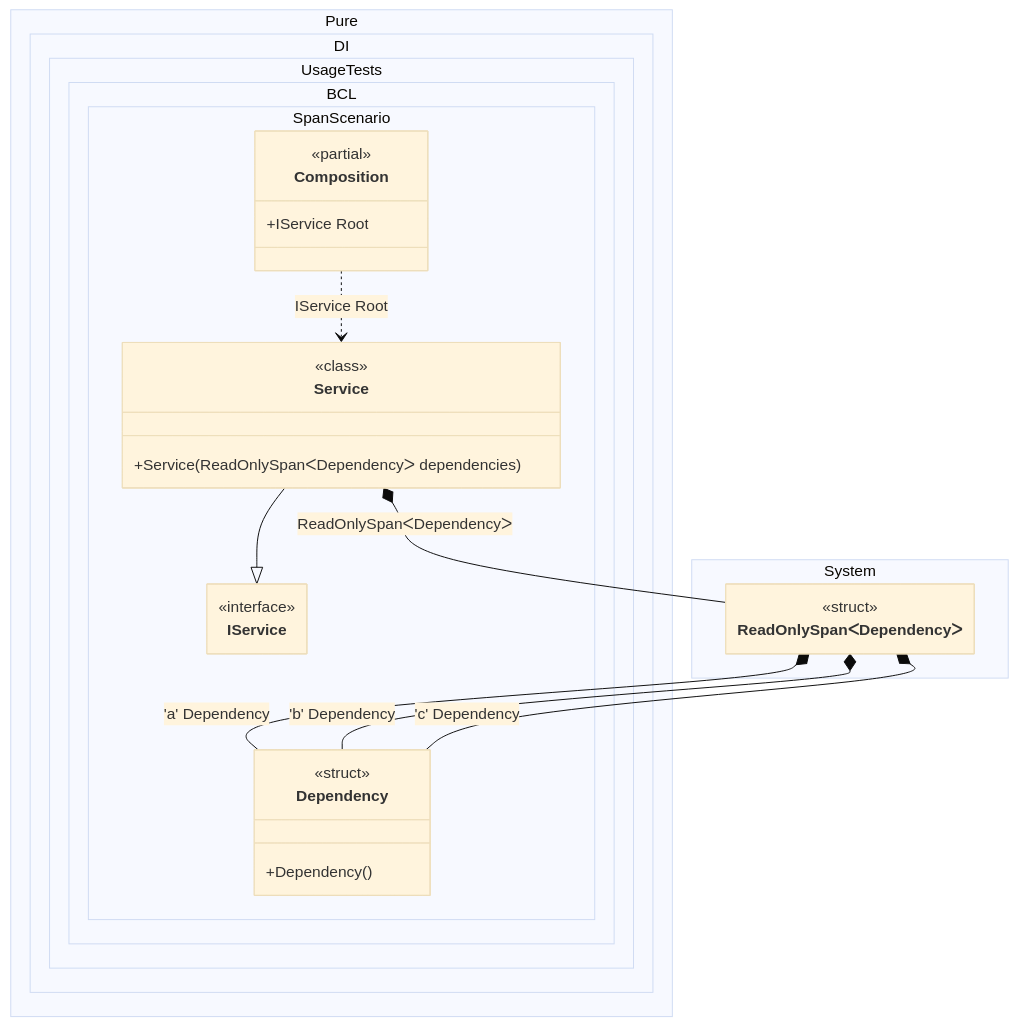
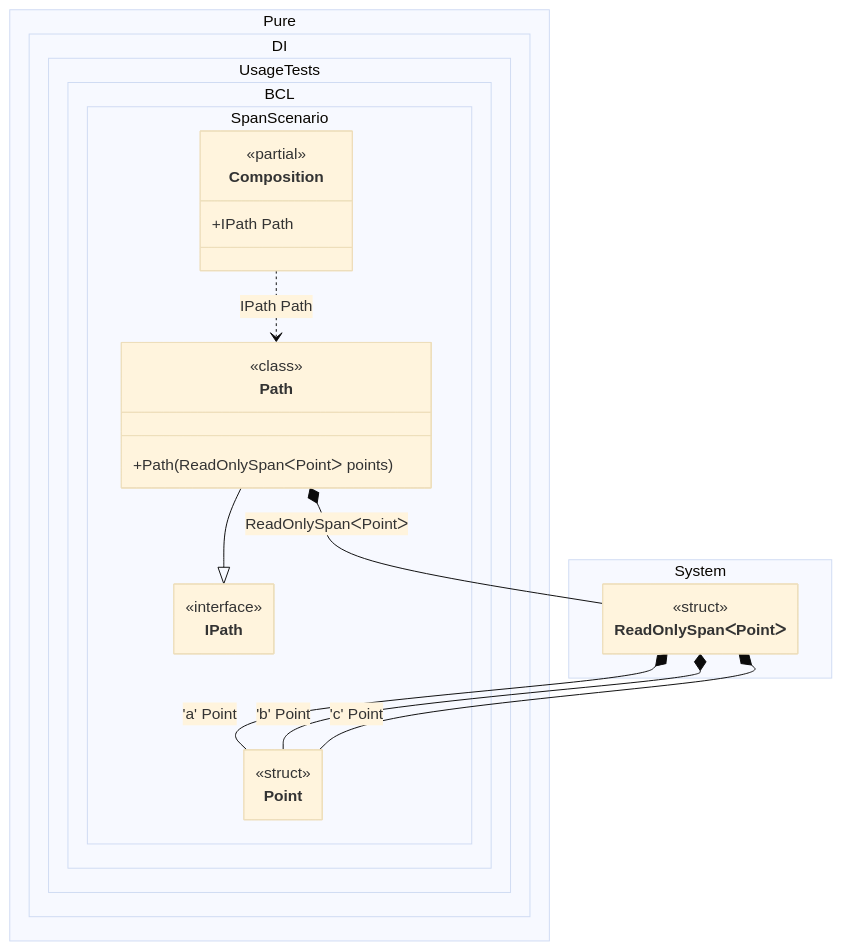
One commit to DevTeam/Pure.DI changed the diagram in readme/span-and-readonlyspan.md. Above: the diagram before and after it, drawn with Mermaid (base theme). The commit also changed other lines of this file and 126 other files, not shown here.

````diff
--- a/readme/span-and-readonlyspan.md
+++ b/readme/span-and-readonlyspan.md
@@ -102,38 +113,37 @@
 ```mermaid
 ---
  config:
   maxTextSize: 2147483647
   maxEdges: 2147483647
   class:
    hideEmptyMembersBox: true
 ---
 classDiagram
-	Service --|> IService
-	Composition ..> Service : IService Root
-	Service *--  ReadOnlySpanᐸDependencyᐳ : ReadOnlySpanᐸDependencyᐳ
-	ReadOnlySpanᐸDependencyᐳ *--  Dependency : 'a'  Dependency
-	ReadOnlySpanᐸDependencyᐳ *--  Dependency : 'b'  Dependency
-	ReadOnlySpanᐸDependencyᐳ *--  Dependency : 'c'  Dependency
+	Path --|> IPath
+	Composition ..> Path : IPath Path
+	Path *--  ReadOnlySpanᐸPointᐳ : ReadOnlySpanᐸPointᐳ
+	ReadOnlySpanᐸPointᐳ *--  Point : 'a'  Point
+	ReadOnlySpanᐸPointᐳ *--  Point : 'b'  Point
+	ReadOnlySpanᐸPointᐳ *--  Point : 'c'  Point
 	namespace Pure.DI.UsageTests.BCL.SpanScenario {
 		class Composition {
 		<<partial>>
-		+IService Root
+		+IPath Path
 		}
-		class Dependency {
-				<<struct>>
-			+Dependency()
-		}
-		class IService {
+		class IPath {
 			<<interface>>
 		}
-		class Service {
+		class Path {
 				<<class>>
-			+Service(ReadOnlySpanᐸDependencyᐳ dependencies)
+			+Path(ReadOnlySpanᐸPointᐳ points)
+		}
+		class Point {
+				<<struct>>
 		}
 	}
 	namespace System {
-		class ReadOnlySpanᐸDependencyᐳ {
+		class ReadOnlySpanᐸPointᐳ {
 				<<struct>>
 		}
 	}
 ```
````
